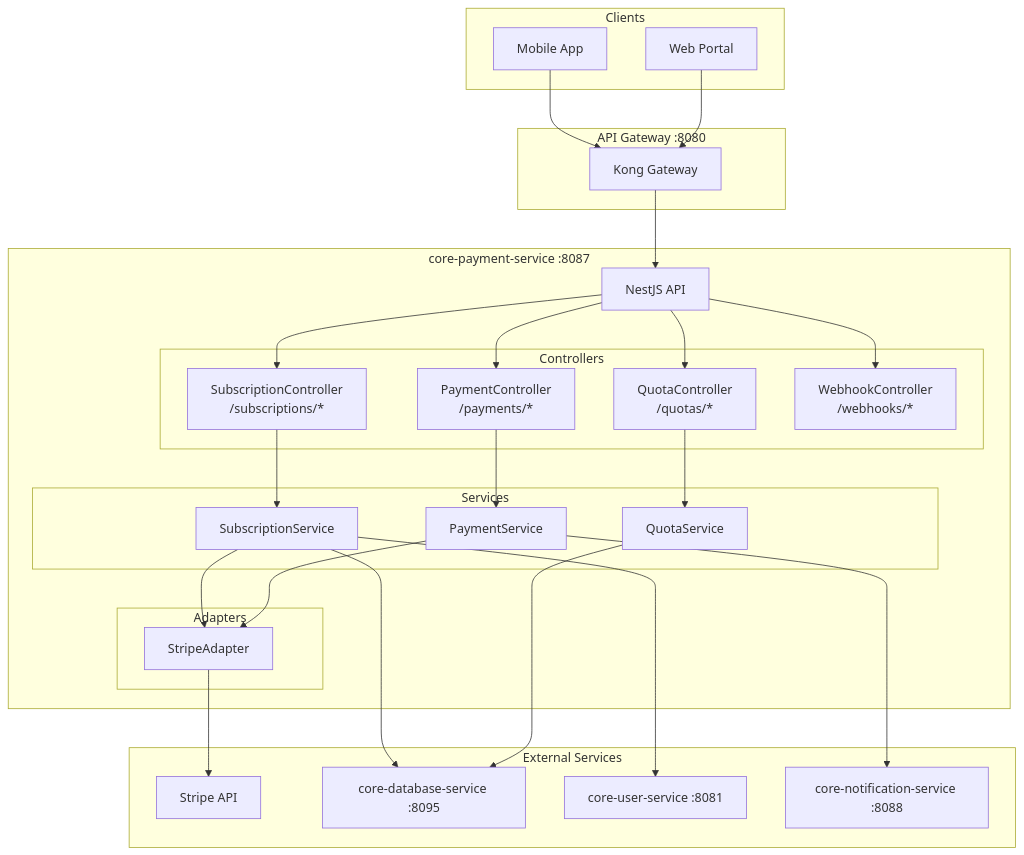
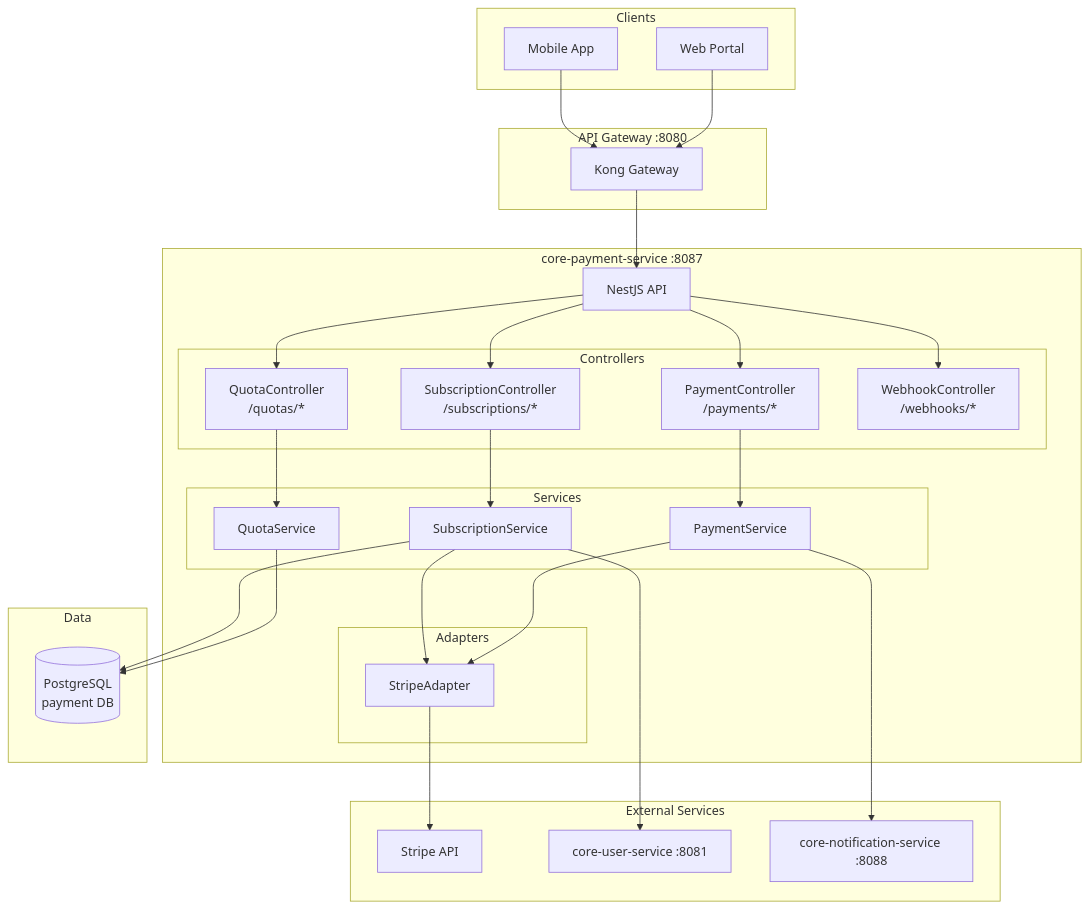
The first of 3 diagrams in README.md (VisioBook-ESP/core-payment-service), drawn with Mermaid before and after one commit. The commit also changed other lines of this file and 21 other files, not shown here.

````diff
--- a/README.md
+++ b/README.md
@@ -16,61 +16,64 @@
 ```mermaid
 graph TB
     subgraph "Clients"
         MOBILE[Mobile App]
         WEB[Web Portal]
     end
 
     subgraph "API Gateway :8080"
         GW[Kong Gateway]
     end
 
     subgraph "core-payment-service :8087"
         API[NestJS API]
 
         subgraph "Controllers"
             SUB[SubscriptionController<br/>/subscriptions/*]
             PAY[PaymentController<br/>/payments/*]
             QUOTA[QuotaController<br/>/quotas/*]
             WH[WebhookController<br/>/webhooks/*]
         end
 
         subgraph "Services"
             SUB_SVC[SubscriptionService]
             PAY_SVC[PaymentService]
             QUOTA_SVC[QuotaService]
         end
 
         subgraph "Adapters"
             STRIPE[StripeAdapter]
         end
     end
 
+    subgraph "Data"
+        DB[(PostgreSQL<br/>payment DB)]
+    end
+
     subgraph "External Services"
         STRIPE_API[Stripe API]
-        DB[core-database-service :8095]
         USER[core-user-service :8081]
         NOTIF[core-notification-service :8088]
     end
 
     MOBILE --> GW
     WEB --> GW
     GW --> API
 
     API --> SUB
     API --> PAY
     API --> QUOTA
     API --> WH
 
     SUB --> SUB_SVC
     PAY --> PAY_SVC
     QUOTA --> QUOTA_SVC
 
     SUB_SVC --> STRIPE
     PAY_SVC --> STRIPE
     STRIPE --> STRIPE_API
 
     SUB_SVC --> DB
     SUB_SVC --> USER
     QUOTA_SVC --> DB
     PAY_SVC --> NOTIF
 ```
````
